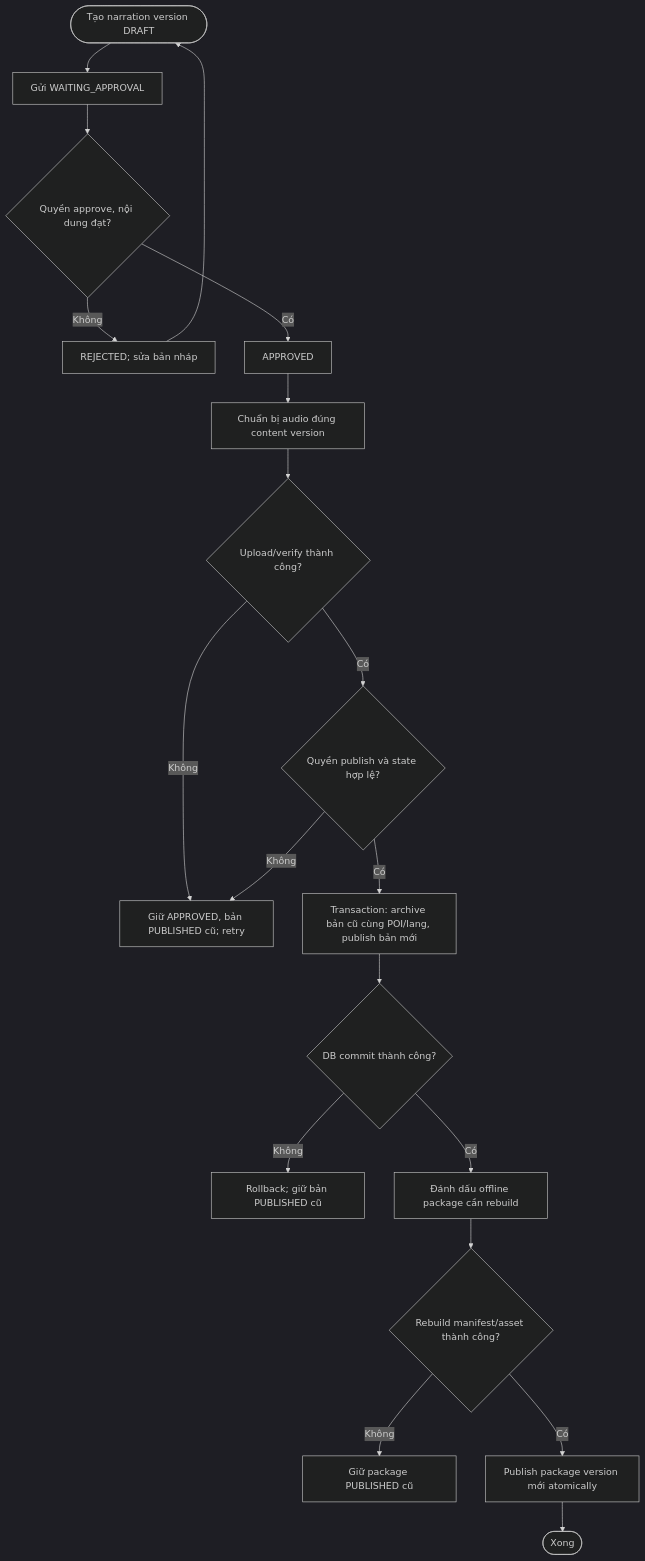
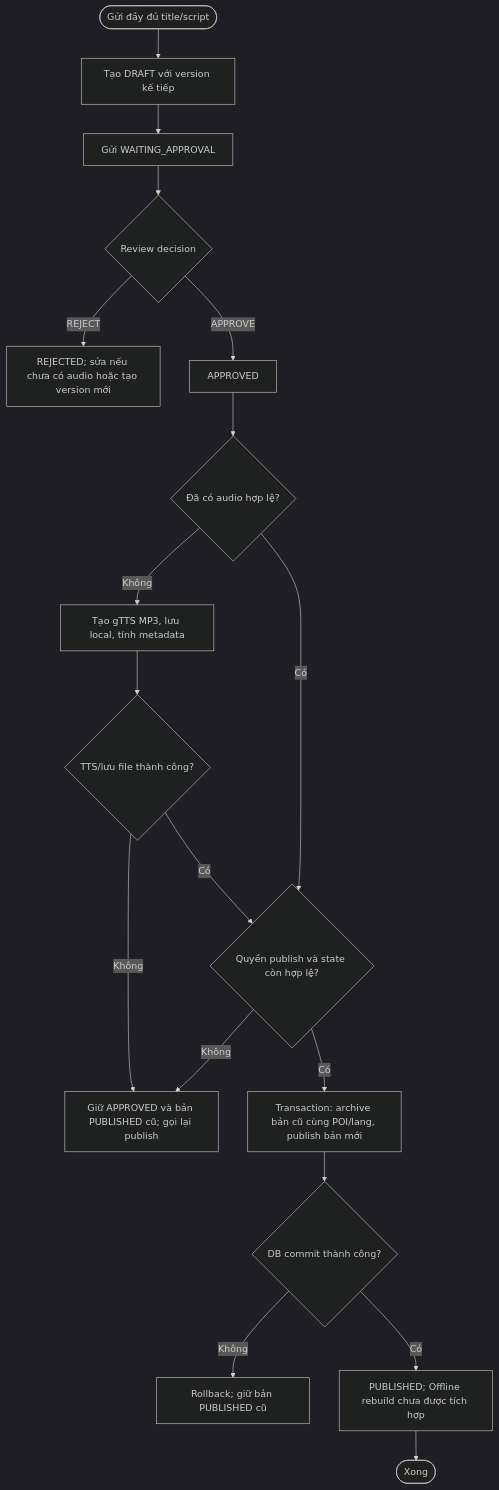
One commit to Ko4rut/multilingual-narration-backend changed the second of 3 diagrams in docs/use-case/ep-w01-poi-narration-administration.md. Above: the diagram before and after it, drawn with Mermaid (dark theme). The commit also changed other lines of this file and 28 other files, not shown here.

Commit message:
feat(poi): complete narration publishing with local TTS

````diff
--- a/docs/use-case/ep-w01-poi-narration-administration.md
+++ b/docs/use-case/ep-w01-poi-narration-administration.md
@@ -62,19 +59,19 @@
 ```mermaid
 flowchart TD
- A([Tạo narration version DRAFT]) --> B[Gửi WAITING_APPROVAL]
- B --> C{Quyền approve, nội dung đạt?}
- C -- Không --> D[REJECTED; sửa bản nháp] --> A
- C -- Có --> E[APPROVED]
- E --> F[Chuẩn bị audio đúng content version]
- F --> G{Upload/verify thành công?}
- G -- Không --> H[Giữ APPROVED, bản PUBLISHED cũ; retry]
- G -- Có --> I{Quyền publish và state hợp lệ?}
- I -- Không --> H
- I -- Có --> J[Transaction: archive bản cũ cùng POI/lang, publish bản mới]
- J --> K{DB commit thành công?}
- K -- Không --> L[Rollback; giữ bản PUBLISHED cũ]
- K -- Có --> M[Đánh dấu offline package cần rebuild]
- M --> N{Rebuild manifest/asset thành công?}
- N -- Không --> O[Giữ package PUBLISHED cũ]
- N -- Có --> P[Publish package version mới atomically] --> Q([Xong])
+ A([Gửi đầy đủ title/script]) --> B[Tạo DRAFT với version kế tiếp]
+ B --> C[Gửi WAITING_APPROVAL]
+ C --> D{Review decision}
+ D -- REJECT --> E[REJECTED; sửa nếu chưa có audio hoặc tạo version mới]
+ D -- APPROVE --> F[APPROVED]
+ F --> G{Đã có audio hợp lệ?}
+ G -- Không --> H[Tạo gTTS MP3, lưu local, tính metadata]
+ H --> I{TTS/lưu file thành công?}
+ I -- Không --> R[Giữ APPROVED và bản PUBLISHED cũ; gọi lại publish]
+ I -- Có --> J
+ G -- Có --> J{Quyền publish và state còn hợp lệ?}
+ J -- Không --> R
+ J -- Có --> K[Transaction: archive bản cũ cùng POI/lang, publish bản mới]
+ K --> L{DB commit thành công?}
+ L -- Không --> M[Rollback; giữ bản PUBLISHED cũ]
+ L -- Có --> N[PUBLISHED; Offline rebuild chưa được tích hợp] --> Q([Xong])
 ```
````
